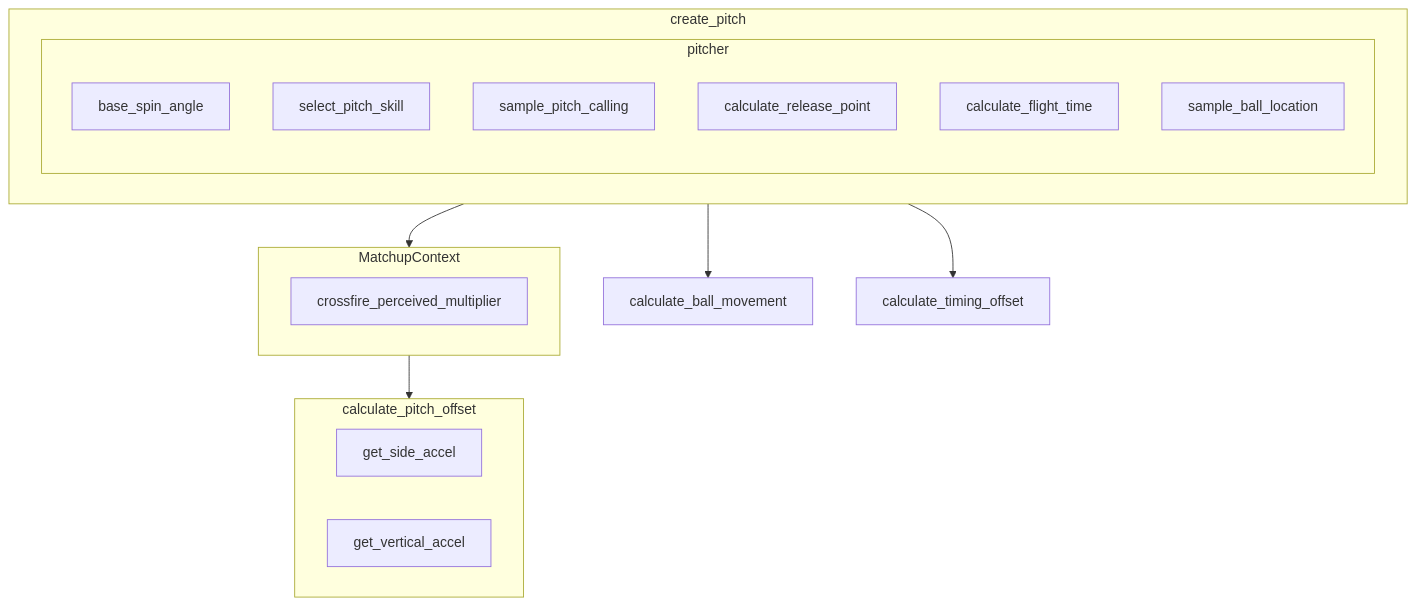
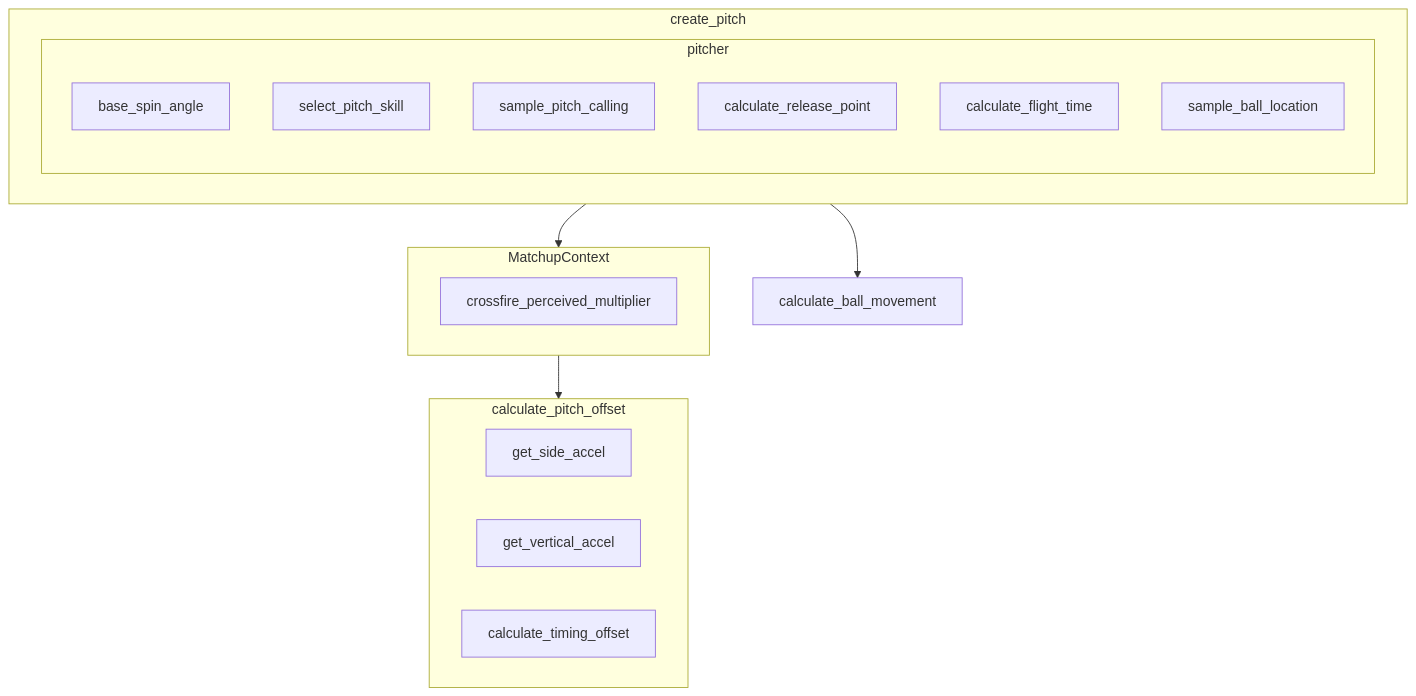
One commit to torafugu/saberbb changed the diagram in docs/mmd/pitching_diagram.mmd. Above: the diagram before and after it, drawn with Mermaid. The commit also changed 9 other files, not shown here.

Commit message:
calculate_timing_offset uses batting_eye.

```diff
--- a/docs/mmd/pitching_diagram.mmd
+++ b/docs/mmd/pitching_diagram.mmd
@@ -1,27 +1,27 @@
 flowchart TD
     subgraph pitcher
         base_spin_angle
         select_pitch_skill
         sample_pitch_calling
         calculate_release_point
         calculate_flight_time
         sample_ball_location
     end
 
     subgraph create_pitch
         pitcher
         calculate_flight_time
     end
 
     subgraph MatchupContext
         crossfire_perceived_multiplier
     end
     
     create_pitch --> calculate_ball_movement
     create_pitch --> MatchupContext --> calculate_pitch_offset
-    create_pitch --> calculate_timing_offset
 
     subgraph calculate_pitch_offset
         get_side_accel
         get_vertical_accel
+        calculate_timing_offset
     end
```
